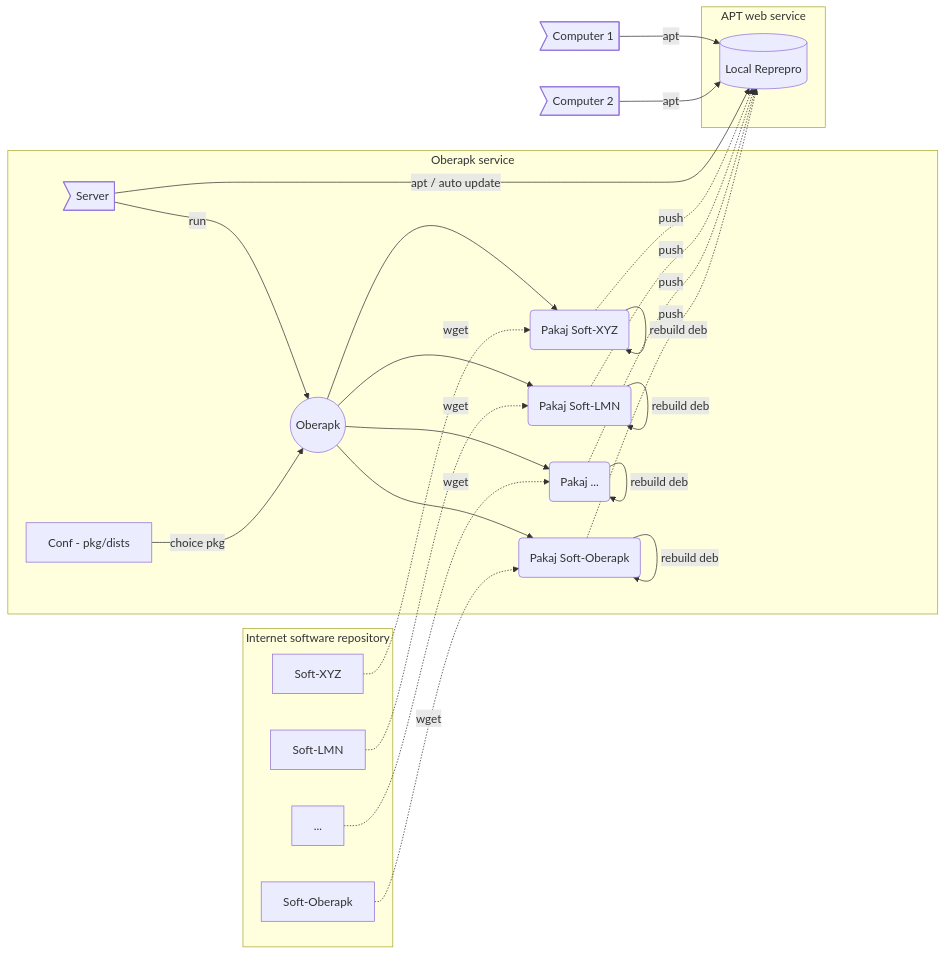
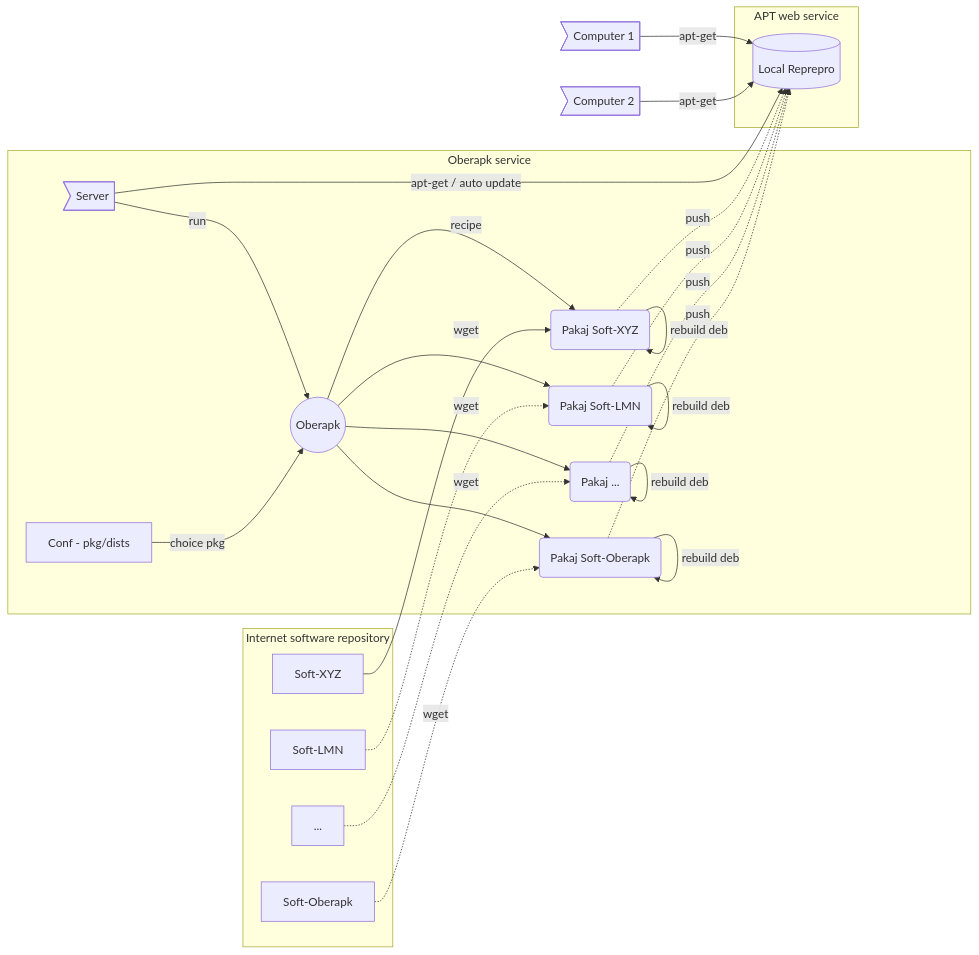
One commit to GabrielMoreau/oberapk changed the diagram in README.md. Above: the diagram before and after it, drawn with Mermaid.

Commit message:
Try change order

````diff
--- a/README.md
+++ b/README.md
@@ -33,56 +33,56 @@
 ```mermaid
 graph LR;
   subgraph Internet software repository
     idsx[Soft-XYZ]
     idsl[Soft-LMN]
     idsi[...]
     idso[Soft-Oberapk]
   end
 
   subgraph Oberapk service
     ids>Server]
     idc[Conf - pkg/dists]
 
     ido((Oberapk))
     
     idmx(Pakaj Soft-XYZ)
     idml(Pakaj Soft-LMN)
     idmi(Pakaj ...)
     idmo(Pakaj Soft-Oberapk)
   end
 
   subgraph APT web service
     idr[(Local Reprepro)]
   end
 
   idclient1>Computer 1]
   idclient2>Computer 2]
 
   ids -- run --> ido
-  ids -- apt / auto update --> idr
+  ids -- apt-get / auto update --> idr
 
   idc -- choice pkg --> ido
 
-  ido --> idmx
+  ido -- recipe --> idmx
   ido --> idml
   ido --> idmi
   ido --> idmo
 
-  idsx -. wget .-> idmx
+  idsx <-. wget .- idmx
   idsl -. wget .-> idml
   idsi -. wget .-> idmi
   idso -. wget .-> idmo
 
   idmx -- rebuild deb --> idmx
   idml -- rebuild deb --> idml
   idmi -- rebuild deb --> idmi
   idmo -- rebuild deb --> idmo
 
   idmx -. push .-> idr
   idml -. push .-> idr
   idmi -. push .-> idr
   idmo -. push .-> idr
 
-  idclient1 -- apt --> idr
-  idclient2 -- apt --> idr
+  idclient1 -- apt-get --> idr
+  idclient2 -- apt-get --> idr
 ```
````
